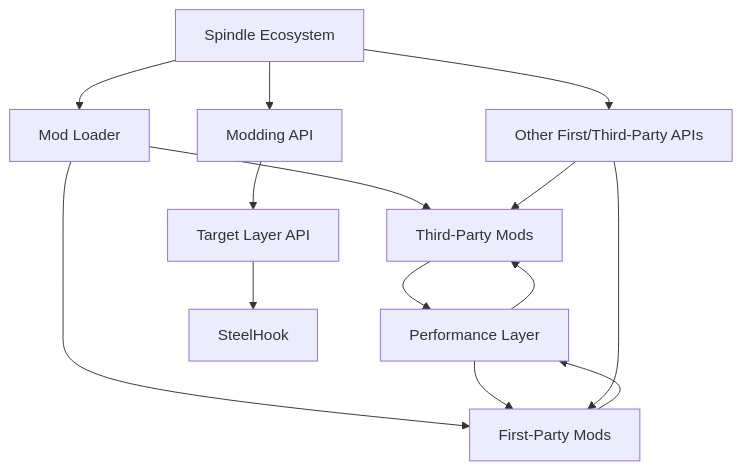
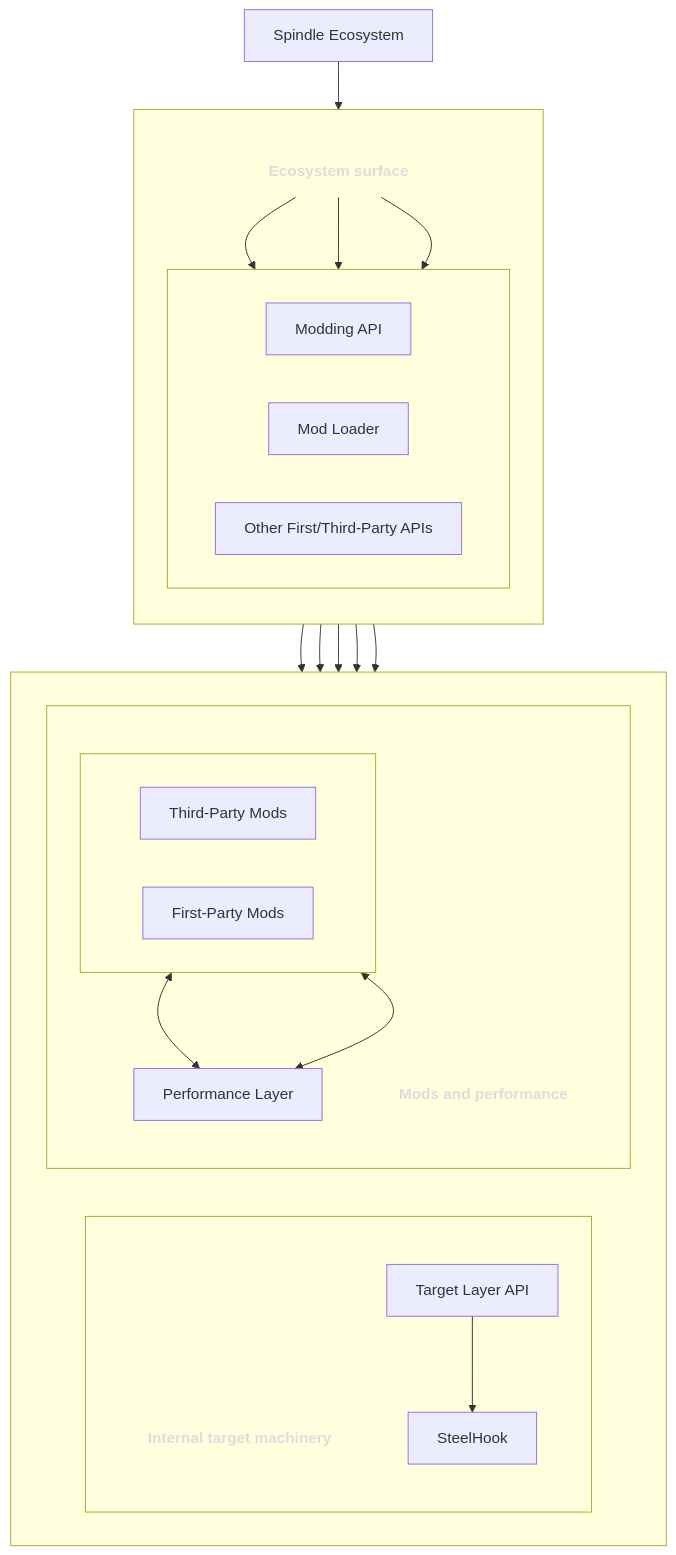
One commit to lukeporterco/Spindle changed the diagram in README.md. Above: the diagram before and after it, drawn with Mermaid.

Commit message:
Yet another graph change

````diff
--- a/README.md
+++ b/README.md
@@ -68,22 +68,60 @@
 ```mermaid
-flowchart TD
+flowchart TB
   Spindle["Spindle Ecosystem"]
 
-  Spindle --> Loader["Mod Loader"]
-  Spindle --> ModdingAPI["Modding API"]
-  Spindle --> OtherAPIs["Other First/Third-Party APIs"]
+  subgraph SurfaceBox[" "]
+    direction TB
+    SurfaceTitle["Ecosystem surface"]
 
-  Loader --> ThirdPartyMods["Third-Party Mods"]
-  Loader --> FirstPartyMods["First-Party Mods"]
+    subgraph SurfaceRow[" "]
+      direction LR
+      ModdingAPI["Modding API"]
+      Loader["Mod Loader"]
+      OtherAPIs["Other First/Third-Party APIs"]
+    end
+  end
 
-  FirstPartyMods --> Performance["Performance Layer"]
-  ThirdPartyMods --> Performance
-  Performance --> FirstPartyMods
-  Performance --> ThirdPartyMods
+  subgraph LowerLayer[" "]
+    direction LR
 
-  ModdingAPI --> TargetAPI["Target Layer API"]
-  TargetAPI --> SteelHook["SteelHook"]
+    subgraph InternalBox[" "]
+      direction TB
+      InternalTitle["Internal target machinery"]
+      TargetAPI["Target Layer API"]
+      SteelHook["SteelHook"]
+    end
+
+    subgraph ModsBox[" "]
+      direction TB
+      ModsTitle["Mods and performance"]
+
+      subgraph ModsRow[" "]
+        direction LR
+        ThirdPartyMods["Third-Party Mods"]
+        FirstPartyMods["First-Party Mods"]
+      end
+
+      Performance["Performance Layer"]
+    end
+  end
+
+  Spindle --> SurfaceTitle
+  SurfaceTitle --> ModdingAPI
+  SurfaceTitle --> Loader
+  SurfaceTitle --> OtherAPIs
+
+  ModdingAPI --> TargetAPI
+  TargetAPI --> SteelHook
+
+  Loader --> ThirdPartyMods
+  Loader --> FirstPartyMods
 
   OtherAPIs --> ThirdPartyMods
   OtherAPIs --> FirstPartyMods
+
+  ThirdPartyMods <--> Performance
+  FirstPartyMods <--> Performance
+
+  classDef title fill:transparent,stroke:transparent,color:#dddddd,font-weight:bold;
+  class SurfaceTitle,InternalTitle,ModsTitle title;
 ```
````
